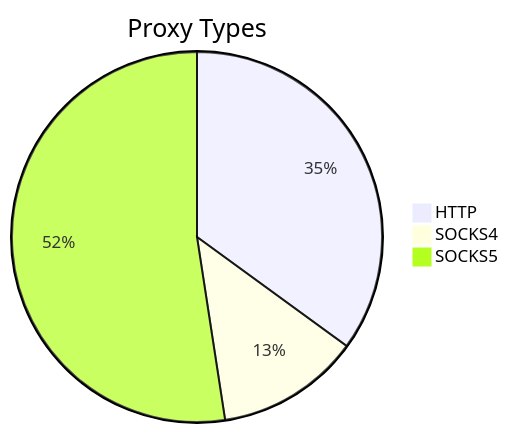
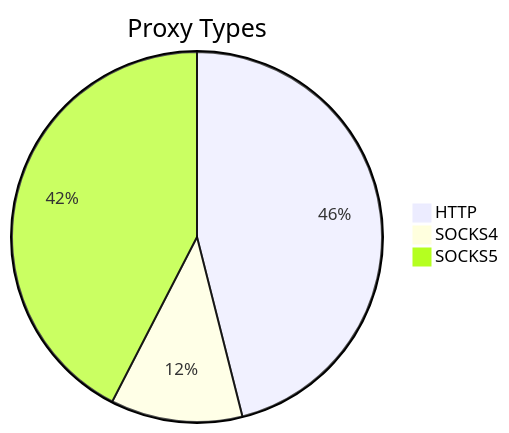
Before and after one commit to stormsia/proxy-list: the first of 2 diagrams in README.md, drawn with Mermaid. The commit also changed other lines of this file, not shown here.

````diff
--- a/README.md
+++ b/README.md
@@ -21,6 +21,6 @@
 ```mermaid
 pie title Proxy Types
-    "HTTP" : 346
-    "SOCKS4" : 124
-    "SOCKS5" : 518
+    "HTTP" : 216
+    "SOCKS4" : 54
+    "SOCKS5" : 199
 ```
````
